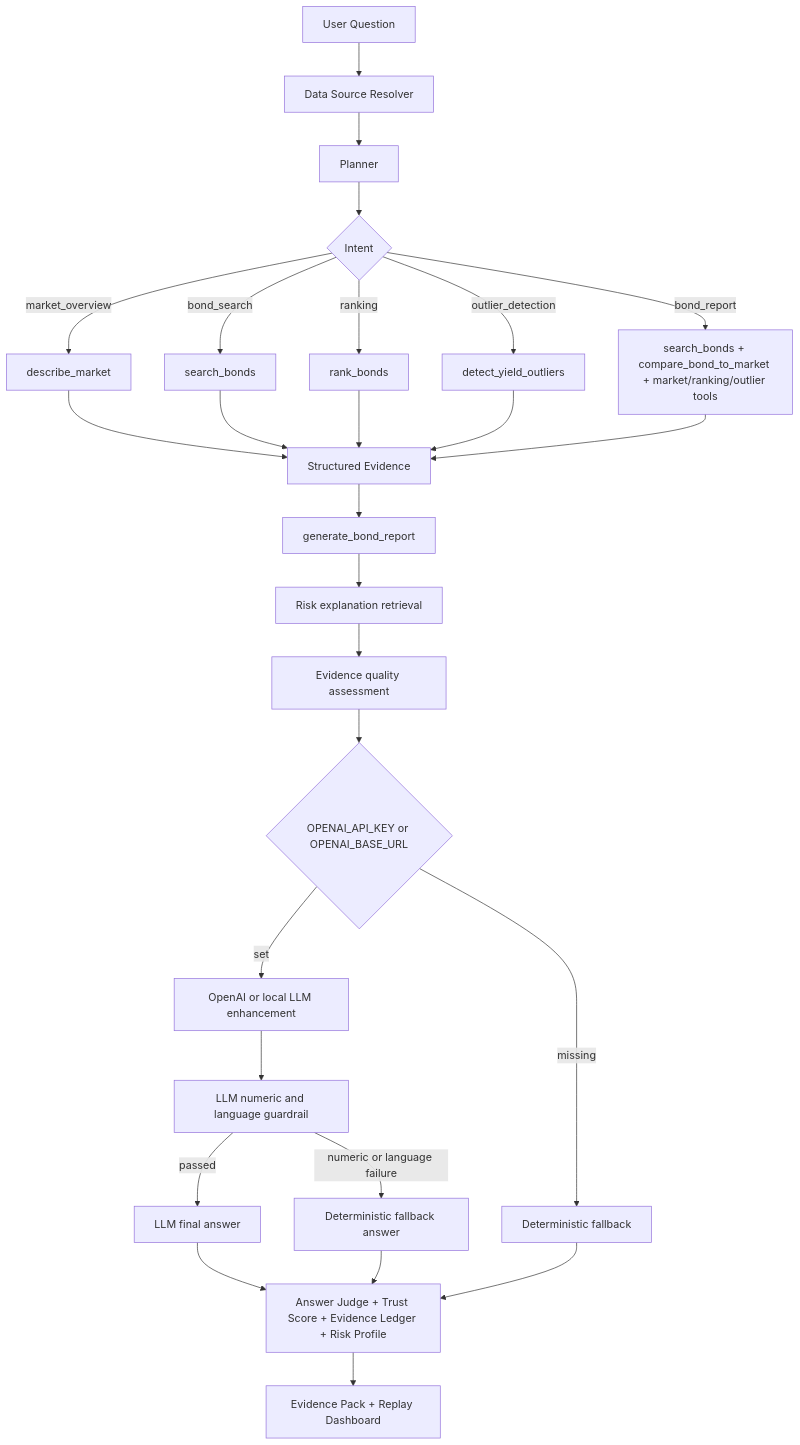
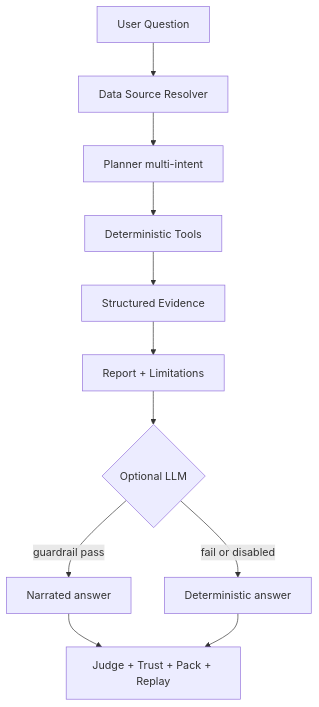
Before and after one commit to Phoenix0531-sudo/BondLens: the diagram in README.md, drawn with Mermaid. The commit also changed other lines of this file and 13 other files, not shown here.

````diff
--- a/README.md
+++ b/README.md
@@ -235,29 +76,13 @@
 ```mermaid
 flowchart TD
     A[User Question] --> B[Data Source Resolver]
-    B --> C[Planner]
-    C --> D{Intent}
-    D -->|market_overview| E[describe_market]
-    D -->|bond_search| F[search_bonds]
-    D -->|ranking| G[rank_bonds]
-    D -->|outlier_detection| H[detect_yield_outliers]
-    D -->|bond_report| I[search_bonds + compare_bond_to_market + market/ranking/outlier tools]
-    E --> J[Structured Evidence]
-    F --> J
-    G --> J
-    H --> J
+    B --> C[Planner multi-intent]
+    C --> D[Deterministic Tools]
+    D --> E[Structured Evidence]
+    E --> F[Report + Limitations]
+    F --> G{Optional LLM}
+    G -->|guardrail pass| H[Narrated answer]
+    G -->|fail or disabled| I[Deterministic answer]
+    H --> J[Judge + Trust + Pack + Replay]
     I --> J
-    J --> K[generate_bond_report]
-    K --> L[Risk explanation retrieval]
-    L --> M[Evidence quality assessment]
-    M --> N{OPENAI_API_KEY or OPENAI_BASE_URL}
-    N -->|missing| O[Deterministic fallback]
-    N -->|set| P[OpenAI or local LLM enhancement]
-    P --> Q[LLM numeric and language guardrail]
-    Q -->|passed| R[LLM final answer]
-    Q -->|numeric or language failure| S[Deterministic fallback answer]
-    R --> T[Answer Judge + Trust Score + Evidence Ledger + Risk Profile]
-    S --> T
-    O --> T
-    T --> U[Evidence Pack + Replay Dashboard]
 ```
````
